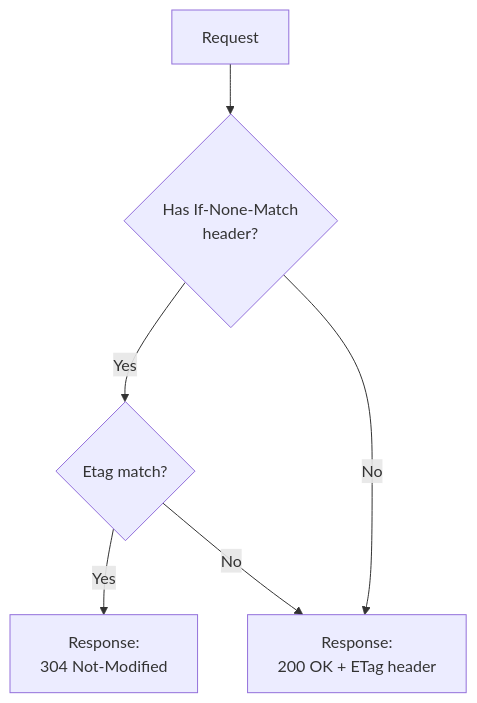
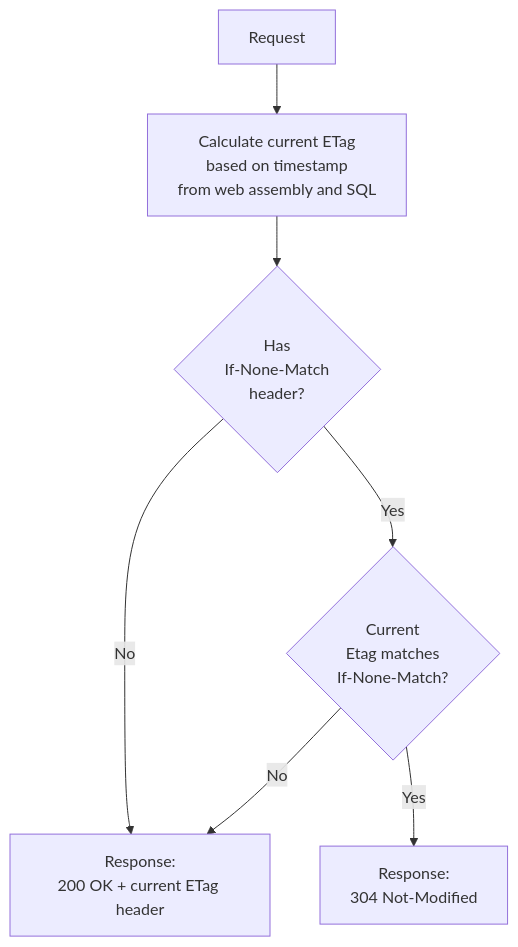
The diagram in readme.md (SimonCropp/Delta), drawn with Mermaid before and after one commit.

````diff
--- a/readme.md
+++ b/readme.md
@@ -22,13 +22,15 @@
 ```mermaid
 graph TD
     Request
-    IfNoneMatch{Has If-None-Match<br/>header?}
-    EtagMatch{Etag match?}
-    200[Response:<br/>200 OK + ETag header]
+    CalculateEtag[Calculate current ETag<br/>based on timestamp<br/>from web assembly and SQL]
+    IfNoneMatch{Has<br/>If-None-Match<br/>header?}
+    EtagMatch{Current<br/>Etag matches<br/>If-None-Match?}
+    200[Response:<br/>200 OK + current ETag header]
     304[Response:<br/>304 Not-Modified]
-    Request --> IfNoneMatch
+    Request --> CalculateEtag
+    CalculateEtag --> IfNoneMatch
     IfNoneMatch -->|Yes| EtagMatch
     IfNoneMatch -->|No| 200
+    EtagMatch -->|No| 200
     EtagMatch -->|Yes| 304
-    EtagMatch -->|No| 200
 ```
````
